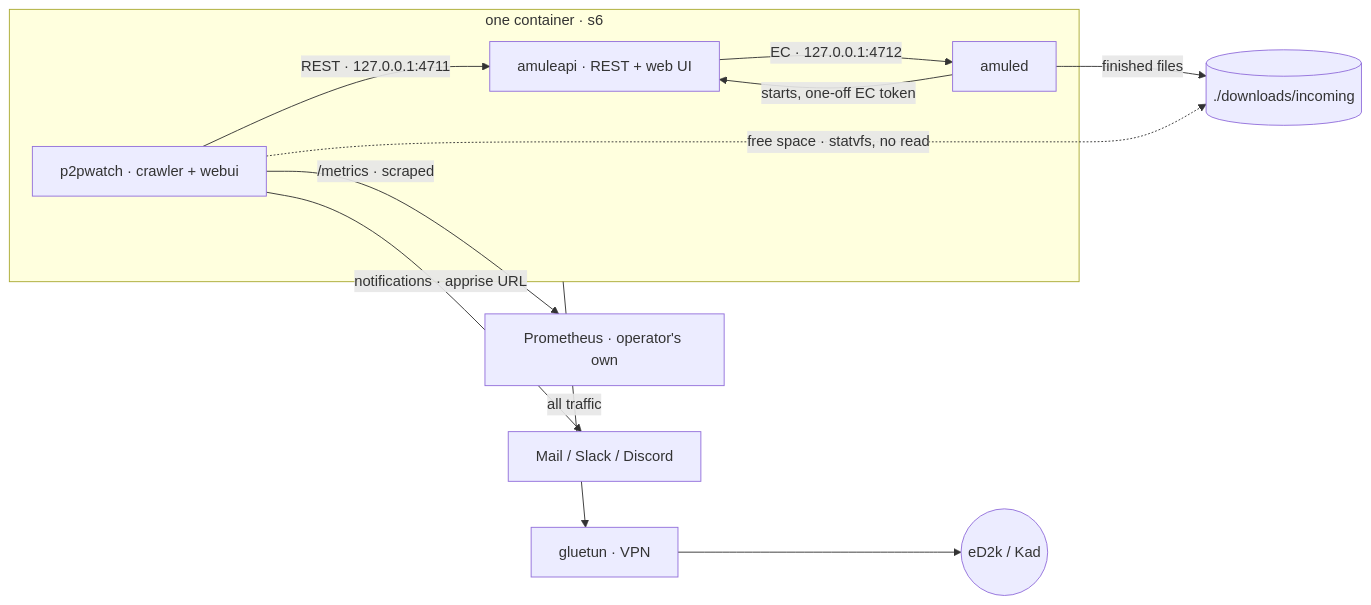
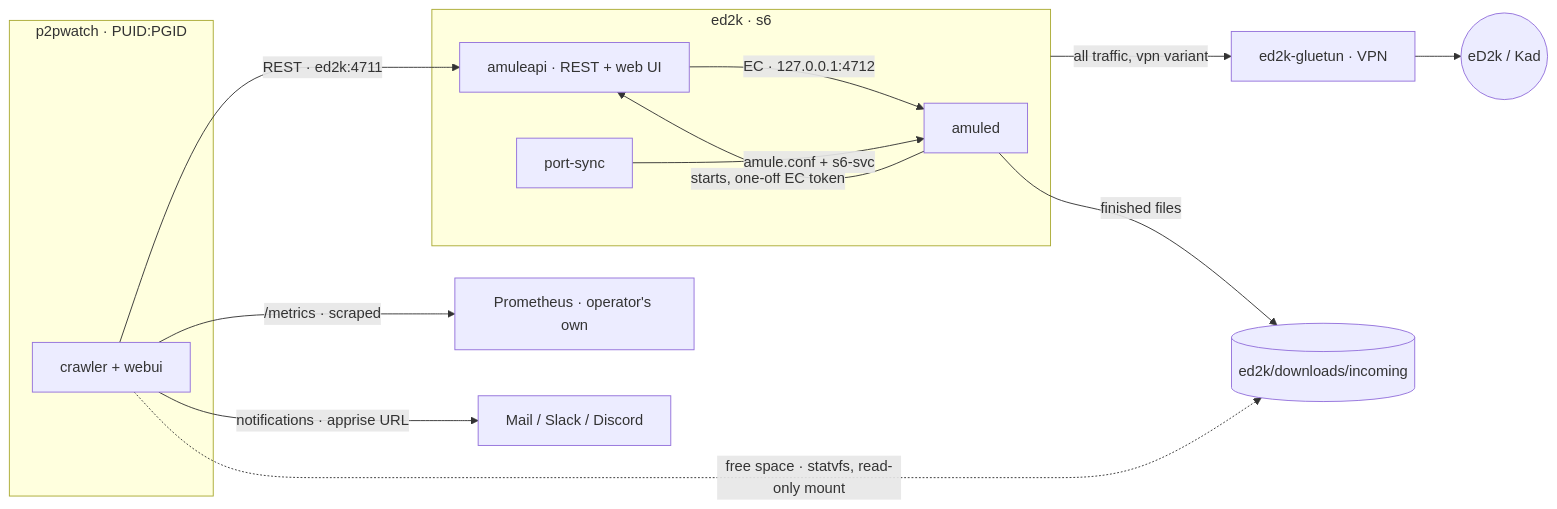
One commit to mission-titar/mulewatch changed the first of 11 diagrams in docs/contributing/architecture.md. Above: the diagram before and after it, drawn with Mermaid. The commit also changed other lines of this file and 9 other files, not shown here.

First line of the commit message:
docs: contributor and troubleshooting docs for the two-container node

````diff
--- a/docs/contributing/architecture.md
+++ b/docs/contributing/architecture.md
@@ -33,23 +34,27 @@
 ```mermaid
 flowchart LR
-  subgraph node["one container · s6"]
-    crawler["p2pwatch · crawler + webui"]
+  subgraph core["p2pwatch · PUID:PGID"]
+    crawler["crawler + webui"]
+  end
+  subgraph client["ed2k · s6"]
     amuled["amuled"]
     amuleapi["amuleapi · REST + web UI"]
+    sync["port-sync"]
   end
-  gluetun["gluetun · VPN"]
-  ed2k(("eD2k / Kad"))
+  gluetun["ed2k-gluetun · VPN"]
+  net(("eD2k / Kad"))
   prom["Prometheus · operator's own"]
   notif["Mail / Slack / Discord"]
-  out[("./downloads/incoming")]
+  out[("ed2k/downloads/incoming")]
 
-  crawler -->|"REST · 127.0.0.1:4711"| amuleapi
+  crawler -->|"REST · ed2k:4711"| amuleapi
   amuled -->|"starts, one-off EC token"| amuleapi
   amuleapi -->|"EC · 127.0.0.1:4712"| amuled
-  node -->|"all traffic"| gluetun
-  gluetun --> ed2k
+  sync -->|"amule.conf + s6-svc"| amuled
+  client -->|"all traffic, vpn variant"| gluetun
+  gluetun --> net
   amuled -->|"finished files"| out
-  crawler -.->|"free space · statvfs, no read"| out
+  crawler -.->|"free space · statvfs, read-only mount"| out
   crawler -->|"/metrics · scraped"| prom
   crawler -->|"notifications · apprise URL"| notif
 ```
````
